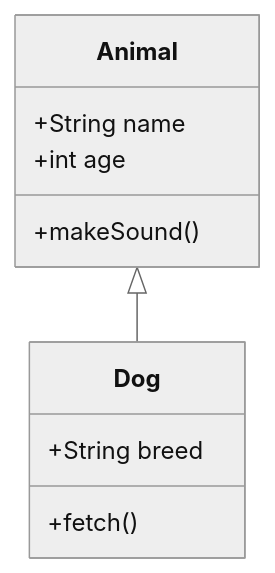
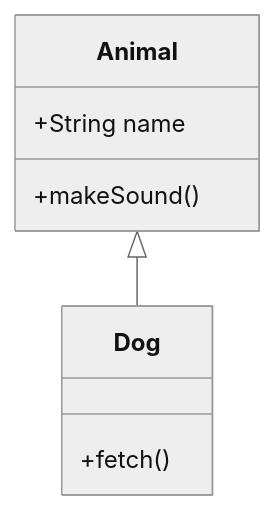
Before and after one commit to Binlogo/meraid: the third of 6 diagrams in README.md, drawn with Mermaid (neutral theme). The commit also changed other lines of this file and 19 other files, not shown here.

`````diff
--- a/README.md
+++ b/README.md
@@ -179,13 +154,11 @@
 ````mermaid
 classDiagram
     class Animal {
         +String name
-        +int age
         +makeSound()
     }
     class Dog {
-        +String breed
         +fetch()
     }
     Animal <|-- Dog
 ````
`````
